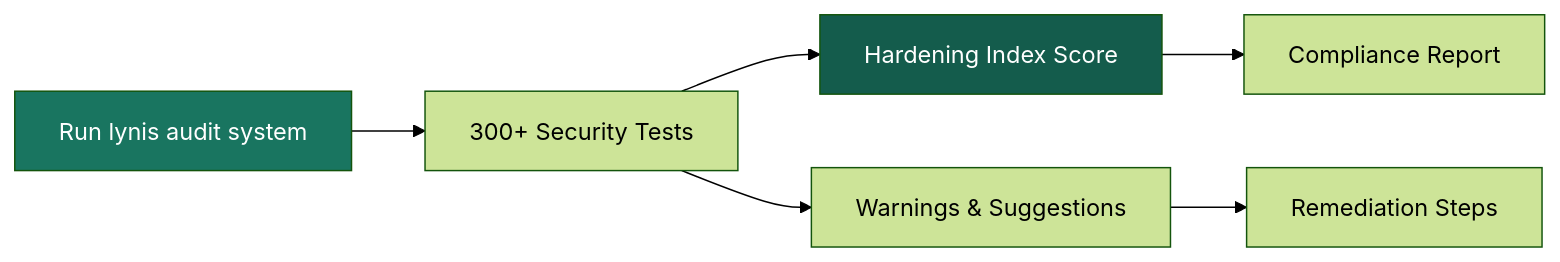
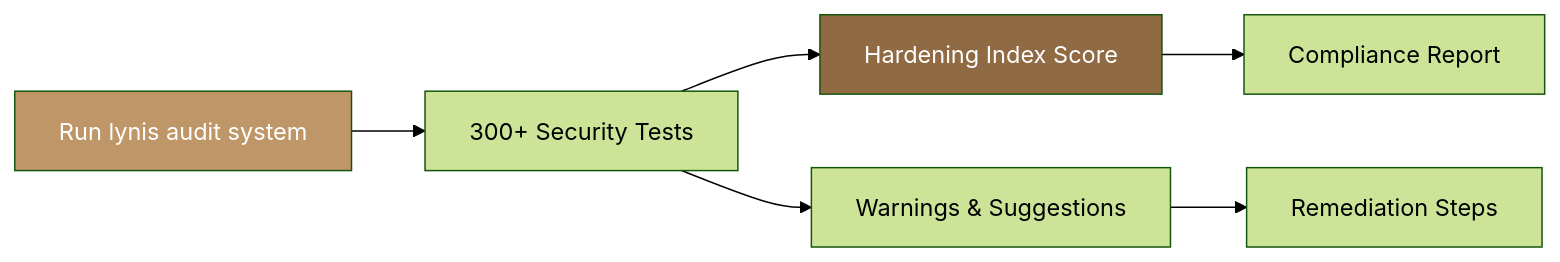
The diagram in security/lynis.mdx (ankur-kumar87/docs-polystack), drawn with Mermaid (forest theme) before and after one commit. The commit also changed other lines of this file and 395 other files, not shown here.

````diff
--- a/security/lynis.mdx
+++ b/security/lynis.mdx
@@ -28,10 +28,10 @@
 ```mermaid
 graph LR
     A[Run lynis audit system] --> B[300+ Security Tests]
     B --> C[Hardening Index Score]
     B --> D[Warnings & Suggestions]
     D --> E[Remediation Steps]
     C --> F[Compliance Report]
-    style A fill:#197560,color:#fff
-    style C fill:#145C4C,color:#fff
+    style A fill:#bf9667,color:#fff
+    style C fill:#8f6a43,color:#fff
 ```
````
